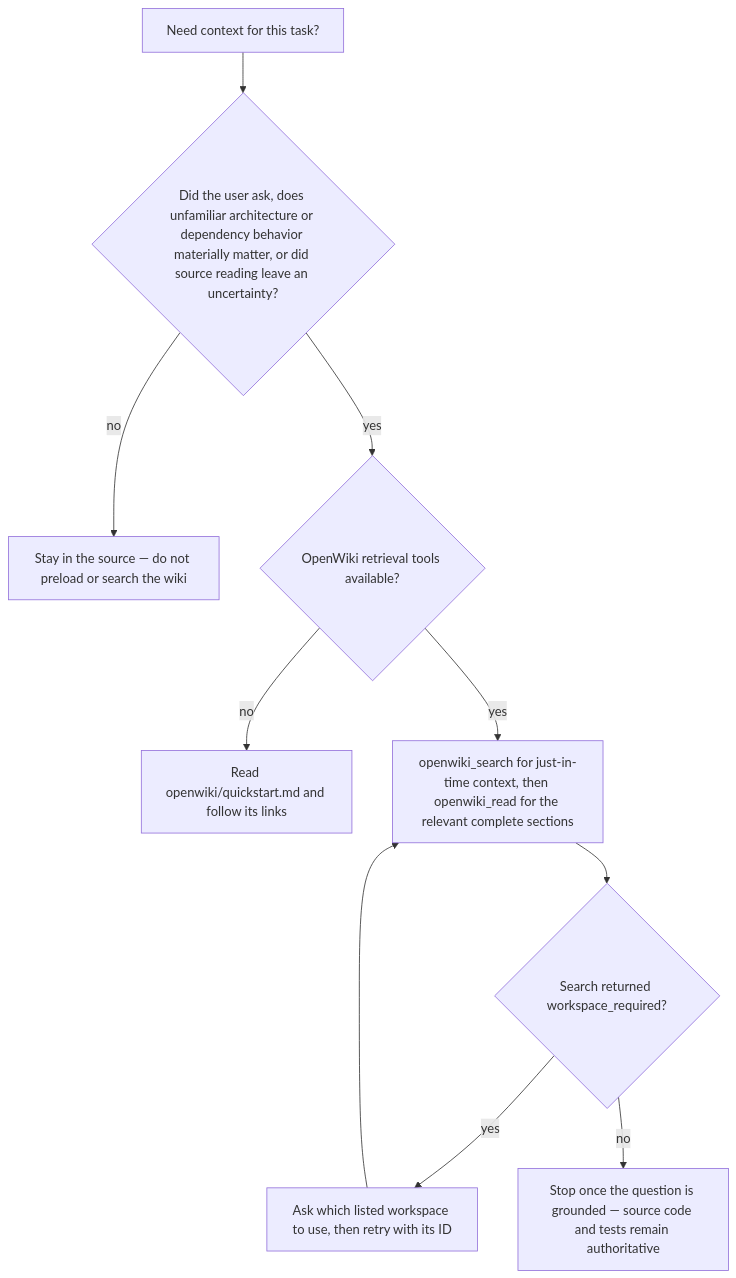
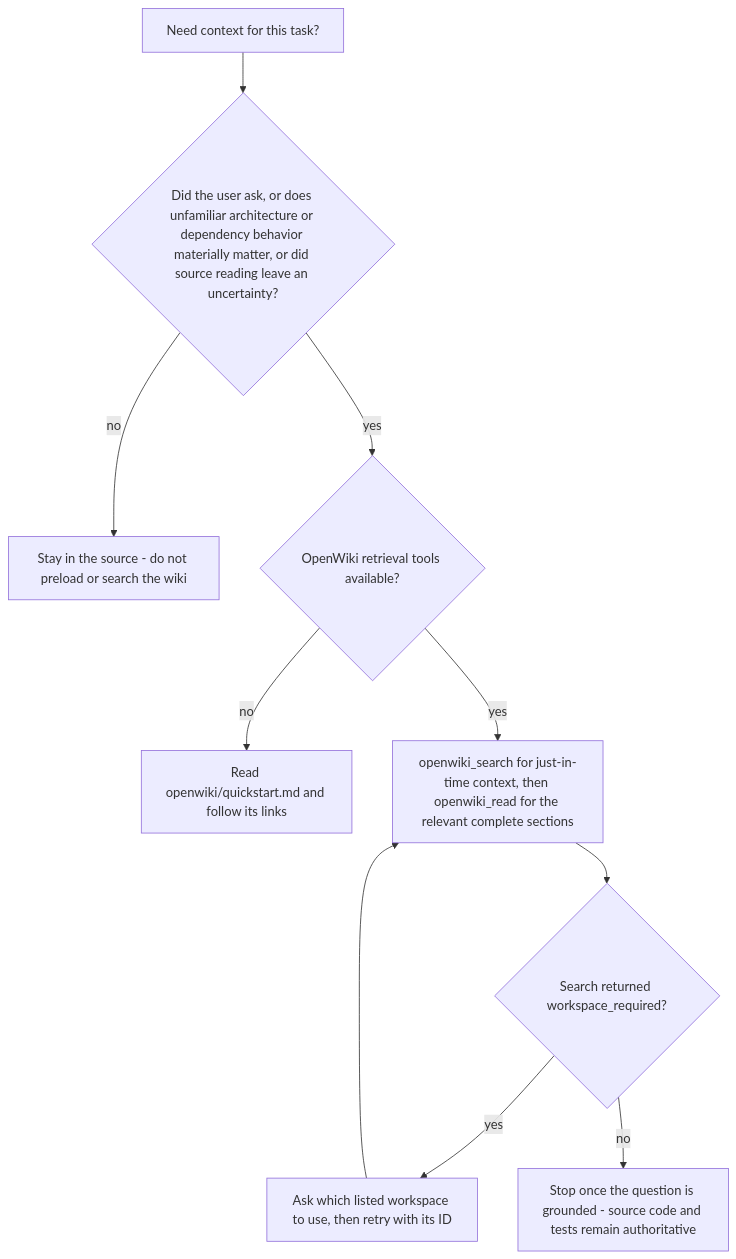
One commit to havekes/retail-portfolio changed the diagram in openwiki/quickstart.md. Above: the diagram before and after it, drawn with Mermaid. The commit also changed other lines of this file and 51 other files, not shown here.

````diff
--- a/openwiki/quickstart.md
+++ b/openwiki/quickstart.md
@@ -222,12 +263,12 @@
 ```mermaid
 flowchart TD
-    Q["Need context for this task?"] --> A{"Did the user ask, does unfamiliar architecture or dependency behavior materially matter, or did source reading leave an uncertainty?"}
-    A -- no --> S["Stay in the source — do not preload or search the wiki"]
+    Q["Need context for this task?"] --> A{"Did the user ask, or does unfamiliar architecture or dependency behavior materially matter, or did source reading leave an uncertainty?"}
+    A -- no --> S["Stay in the source - do not preload or search the wiki"]
     A -- yes --> T{"OpenWiki retrieval tools available?"}
     T -- no --> F["Read openwiki/quickstart.md and follow its links"]
     T -- yes --> R["openwiki_search for just-in-time context, then openwiki_read for the relevant complete sections"]
     R --> W{"Search returned workspace_required?"}
     W -- yes --> K["Ask which listed workspace to use, then retry with its ID"]
     K --> R
-    W -- no --> G["Stop once the question is grounded — source code and tests remain authoritative"]
+    W -- no --> G["Stop once the question is grounded - source code and tests remain authoritative"]
 ```
````
